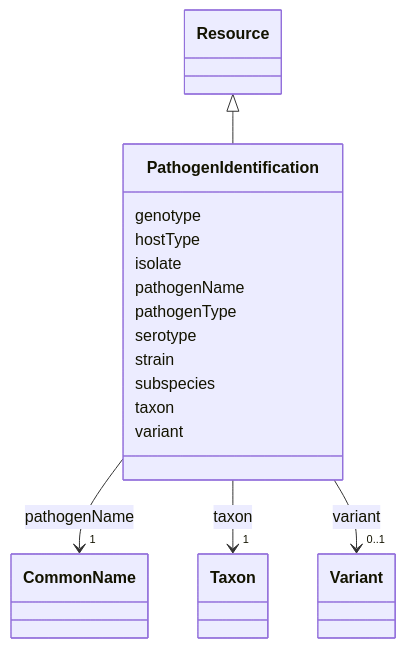
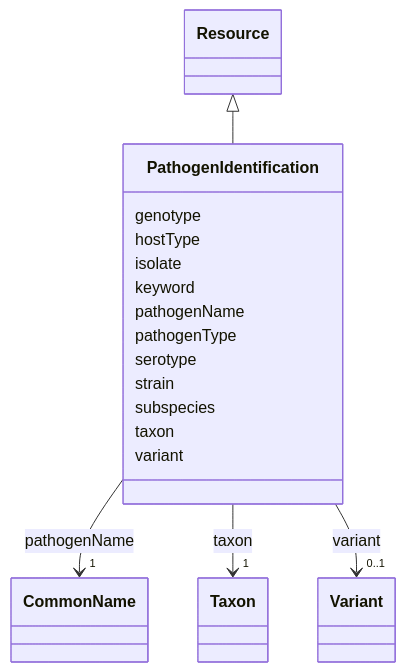
The diagram in models/docs/PathogenIdentification.md (EVORA-project/evora-ontology), drawn with Mermaid before and after one commit. The commit also changed other lines of this file and 402 other files, not shown here.

````diff
--- a/models/docs/PathogenIdentification.md
+++ b/models/docs/PathogenIdentification.md
@@ -19,50 +19,52 @@
 ```mermaid
  classDiagram
     class PathogenIdentification
     click PathogenIdentification href "../PathogenIdentification"
       Resource <|-- PathogenIdentification
         click Resource href "../Resource"
       
       PathogenIdentification : genotype
         
       PathogenIdentification : hostType
         
       PathogenIdentification : isolate
+        
+      PathogenIdentification : keyword
         
       PathogenIdentification : pathogenName
         
           
     
     
     PathogenIdentification --> "1" CommonName : pathogenName
     click CommonName href "../CommonName"
 
         
       PathogenIdentification : pathogenType
         
       PathogenIdentification : serotype
         
       PathogenIdentification : strain
         
       PathogenIdentification : subspecies
         
       PathogenIdentification : taxon
         
           
     
     
     PathogenIdentification --> "1" Taxon : taxon
     click Taxon href "../Taxon"
 
         
       PathogenIdentification : variant
         
           
     
     
     PathogenIdentification --> "0..1" Variant : variant
     click Variant href "../Variant"
 
         
       
 ```
````
